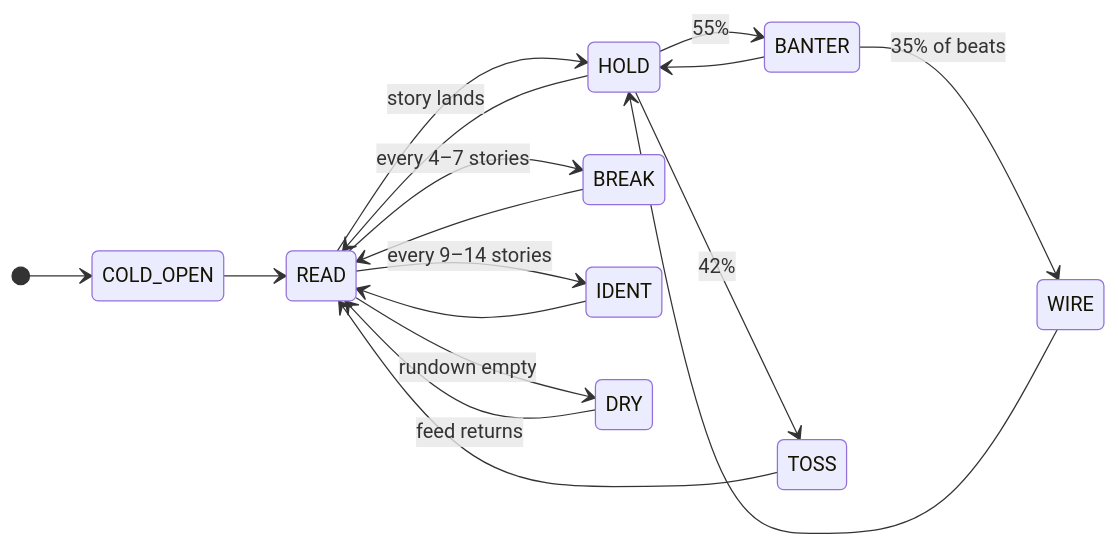
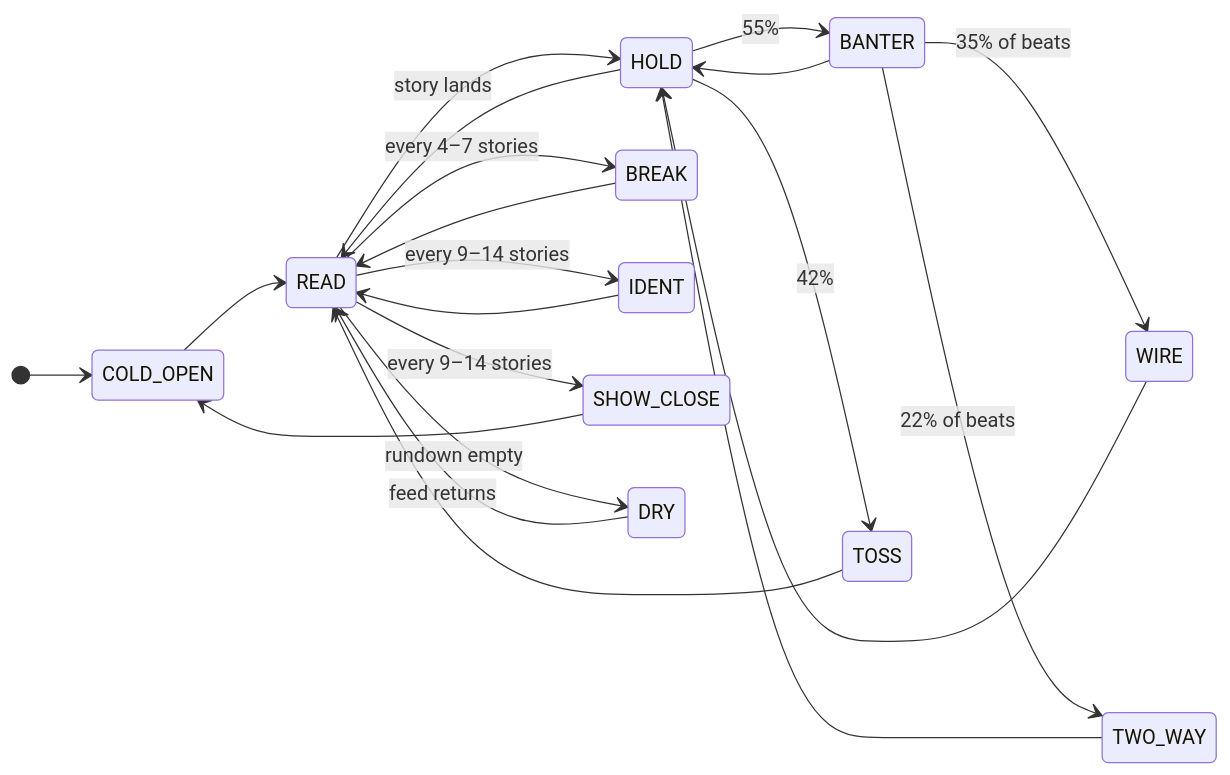
Before and after one commit to Ekco-S64QTN6/GNN: the diagram in README.md, drawn with Mermaid. The commit also changed other lines of this file and 373 other files, not shown here.

````diff
--- a/README.md
+++ b/README.md
@@ -135,20 +148,24 @@
 ```mermaid
 stateDiagram-v2
     direction LR
     [*] --> COLD_OPEN
     COLD_OPEN --> READ
     READ --> HOLD : story lands
     HOLD --> BANTER : 55%
     HOLD --> TOSS : 42%
     HOLD --> READ
     BANTER --> HOLD
     WIRE --> HOLD
     BANTER --> WIRE : 35% of beats
+    BANTER --> TWO_WAY : 22% of beats
+    TWO_WAY --> HOLD
     TOSS --> READ
     READ --> BREAK : every 4–7 stories
     READ --> IDENT : every 9–14 stories
     BREAK --> READ
     IDENT --> READ
+    READ --> SHOW_CLOSE : every 9–14 stories
+    SHOW_CLOSE --> COLD_OPEN
     READ --> DRY : rundown empty
     DRY --> READ : feed returns
 ```
````
